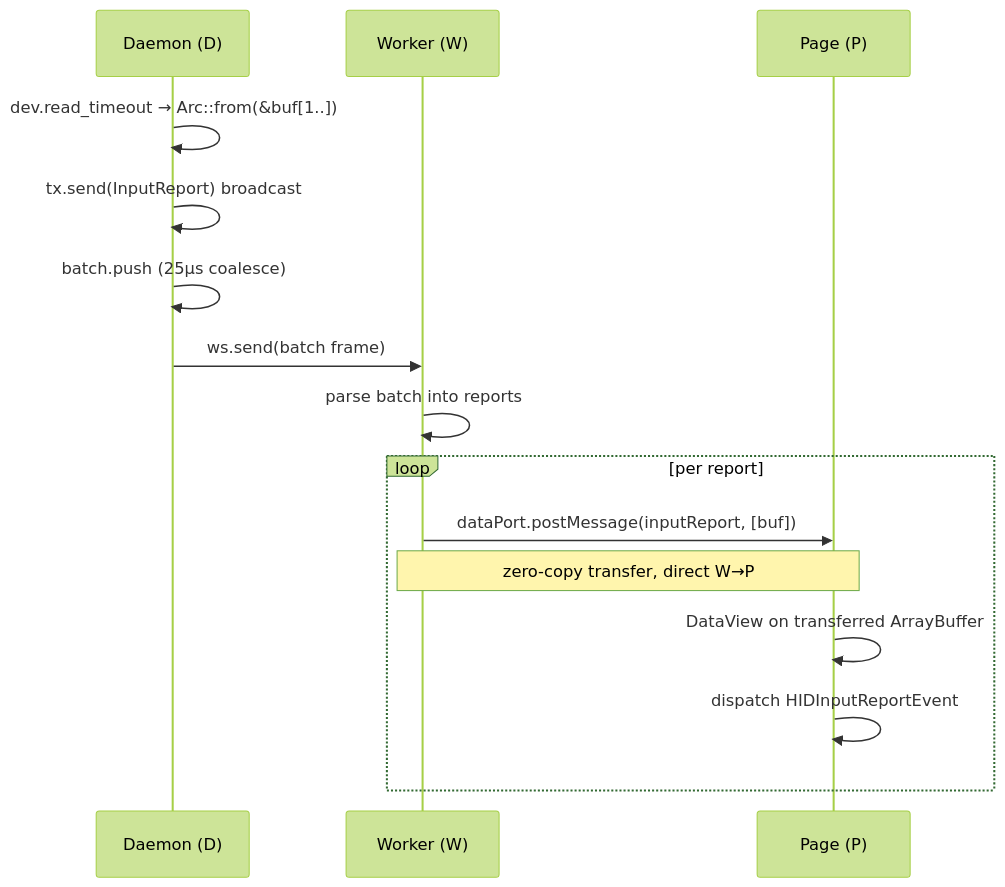
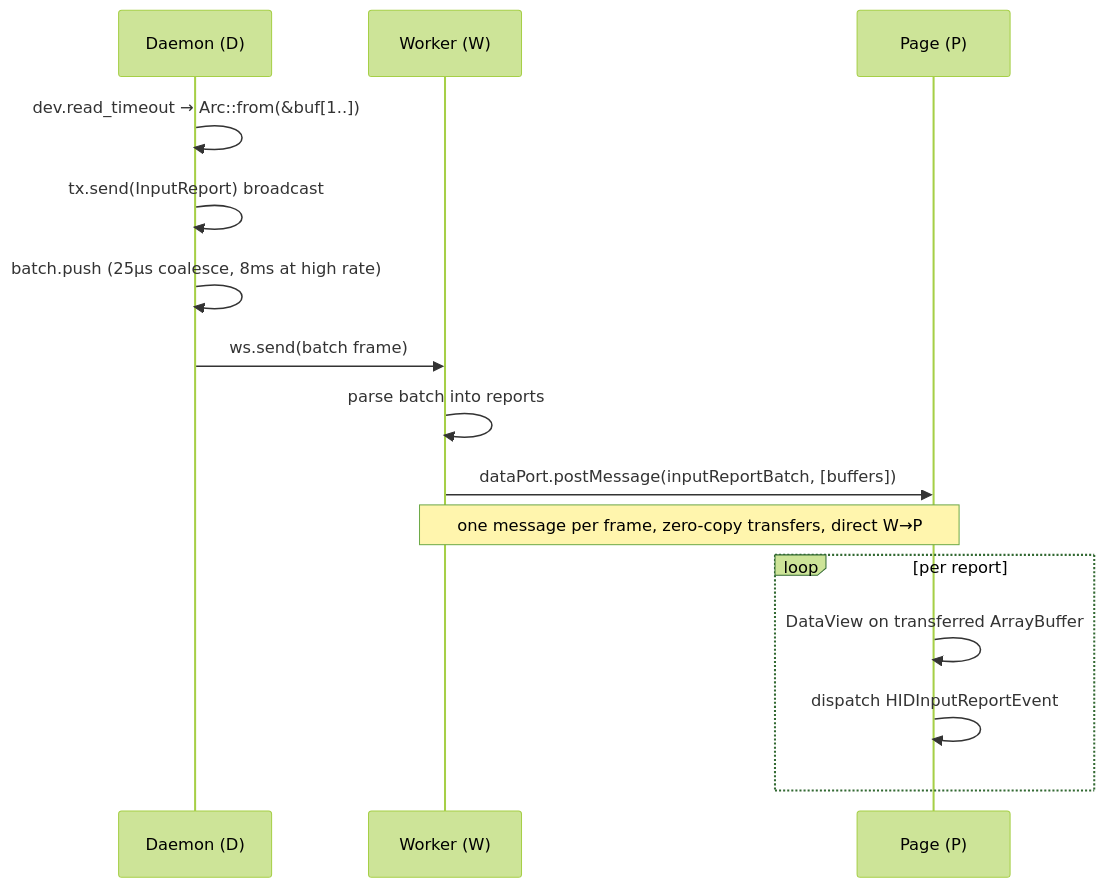
Before and after one commit to K4zoku/FF-WebHID: the third of 16 diagrams in docs/DATA_PATH.md, drawn with Mermaid (forest theme). The commit also changed other lines of this file and 4 other files, not shown here.

````diff
--- a/docs/DATA_PATH.md
+++ b/docs/DATA_PATH.md
@@ -304,18 +401,18 @@
 ```mermaid
 sequenceDiagram
     participant D as Daemon (D)
     participant W as Worker (W)
     participant P as Page (P)
 
     D->>D: dev.read_timeout → Arc::from(&buf[1..])
     D->>D: tx.send(InputReport) broadcast
-    D->>D: batch.push (25µs coalesce)
+    D->>D: batch.push (25µs coalesce, 8ms at high rate)
     D->>W: ws.send(batch frame)
     W->>W: parse batch into reports
+    W->>P: dataPort.postMessage(inputReportBatch, [buffers])
+    Note over W,P: one message per frame, zero-copy transfers, direct W→P
     loop per report
-        W->>P: dataPort.postMessage(inputReport, [buf])
-        Note over W,P: zero-copy transfer, direct W→P
         P->>P: DataView on transferred ArrayBuffer
         P->>P: dispatch HIDInputReportEvent
     end
 ```
````
